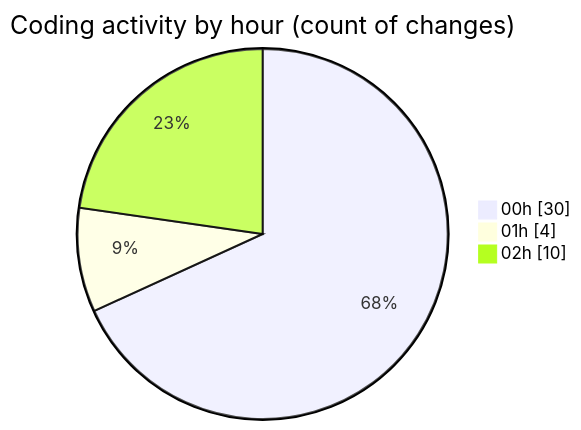
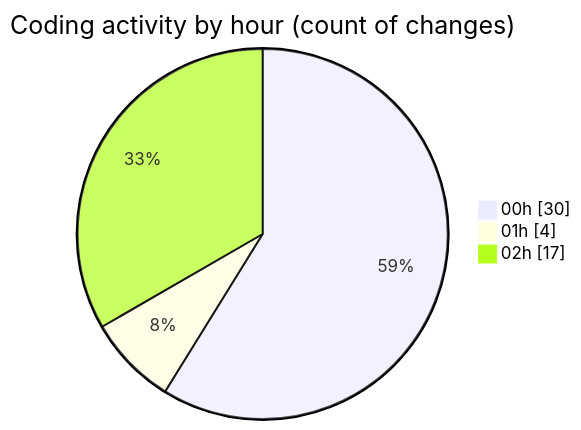
The second of 2 diagrams in 2025-08-07/napxuvn/README.md (lephambinh05/code-tracking), drawn with Mermaid before and after one commit. The commit also changed other lines of this file and 1 other file, not shown here.

````diff
--- a/2025-08-07/napxuvn/README.md
+++ b/2025-08-07/napxuvn/README.md
@@ -54,7 +58,7 @@
 ```mermaid
 pie showData
 title Coding activity by hour (count of changes)
 "00h" : 30
 "01h" : 4
-"02h" : 10
+"02h" : 17
 ```
````
